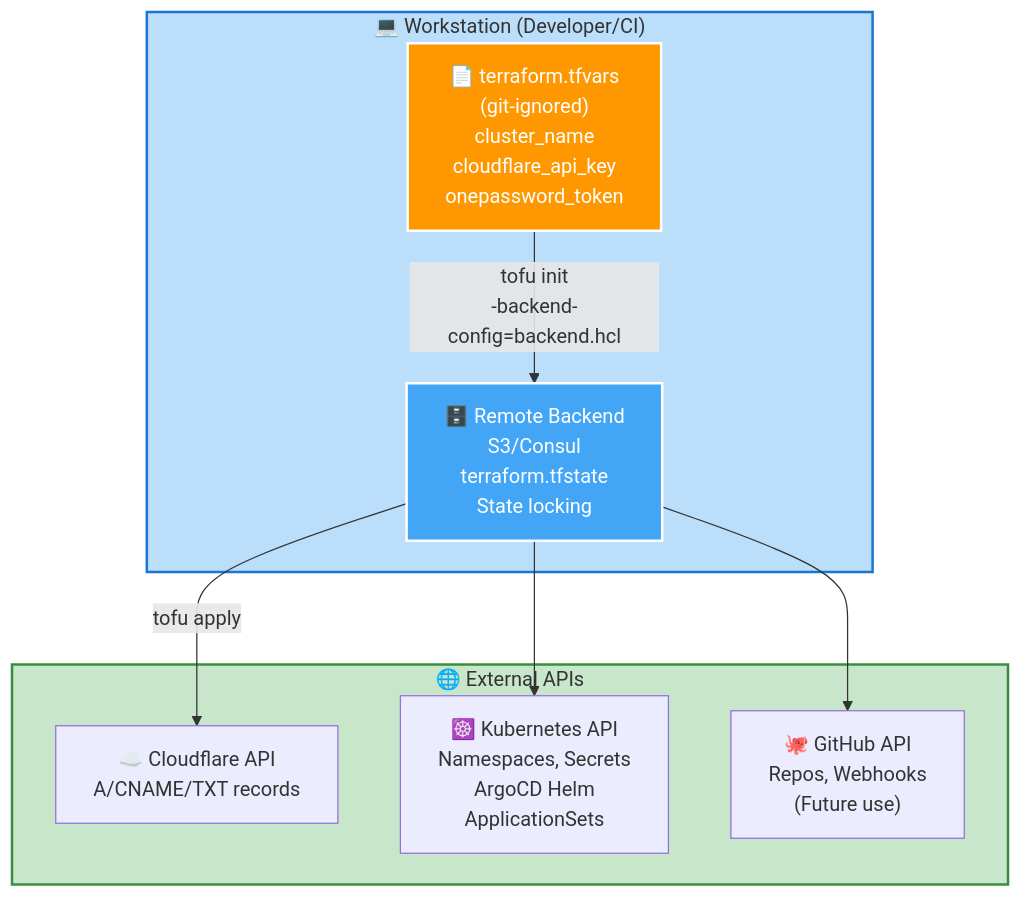
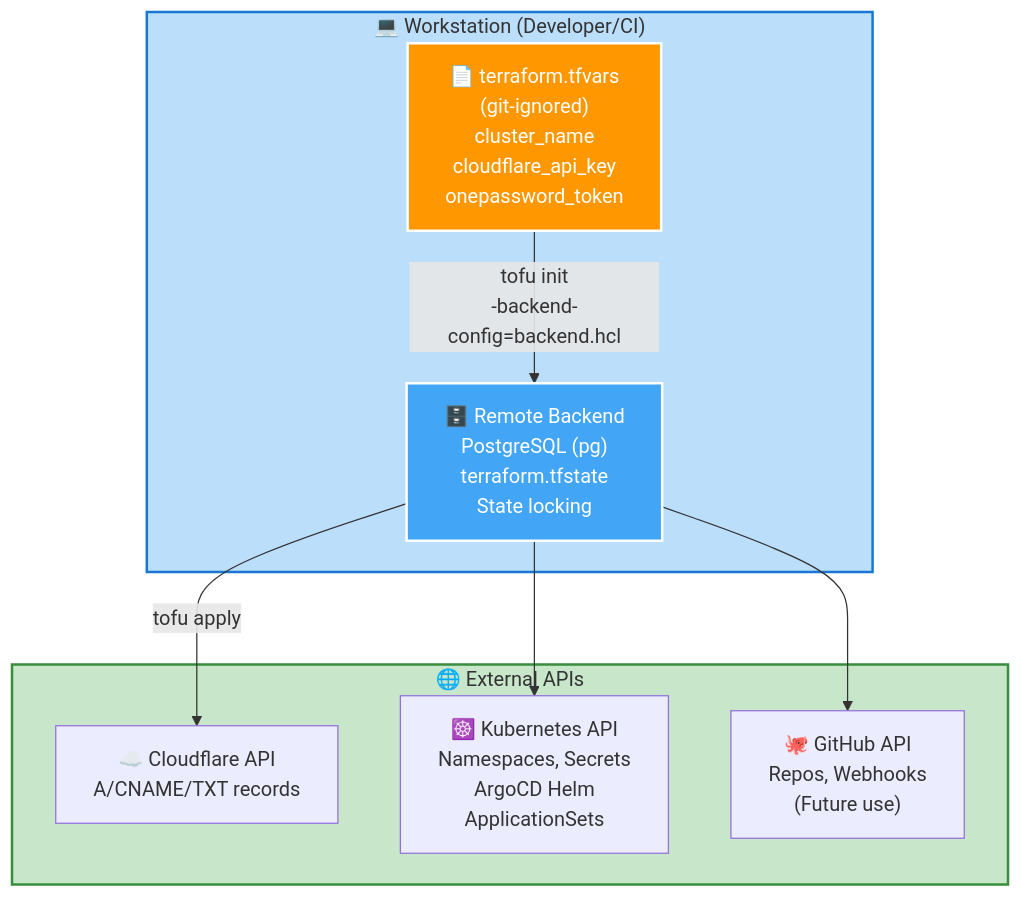
The diagram in docs/terraform.md (JamesAtIntegratnIO/gitops_homelab_2_0), drawn with Mermaid before and after one commit. The commit also changed other lines of this file and 5 other files, not shown here.

````diff
--- a/docs/terraform.md
+++ b/docs/terraform.md
@@ -46,24 +47,24 @@
 ```mermaid
 flowchart TB
     subgraph Workstation["💻 Workstation (Developer/CI)"]
         TFVars["📄 terraform.tfvars<br/>(git-ignored)<br/>cluster_name<br/>cloudflare_api_key<br/>onepassword_token"]
-        Backend["🗄️ Remote Backend<br/>S3/Consul<br/>terraform.tfstate<br/>State locking"]
+        Backend["🗄️ Remote Backend<br/>PostgreSQL (pg)<br/>terraform.tfstate<br/>State locking"]
         
         TFVars -->|"tofu init<br/>-backend-config=backend.hcl"| Backend
     end
     
     subgraph APIs["🌐 External APIs"]
         CF["☁️ Cloudflare API<br/>A/CNAME/TXT records"]
         K8s["☸️ Kubernetes API<br/>Namespaces, Secrets<br/>ArgoCD Helm<br/>ApplicationSets"]
         GH["🐙 GitHub API<br/>Repos, Webhooks<br/>(Future use)"]
     end
     
     Backend -->|"tofu apply"| CF
     Backend --> K8s
     Backend --> GH
     
     style Workstation fill:#bbdefb,stroke:#1976d2,stroke-width:2px
     style APIs fill:#c8e6c9,stroke:#388e3c,stroke-width:2px
     style TFVars fill:#ff9800,stroke:#fff,stroke-width:2px,color:#fff
     style Backend fill:#42a5f5,stroke:#fff,stroke-width:2px,color:#fff
 ```
````
